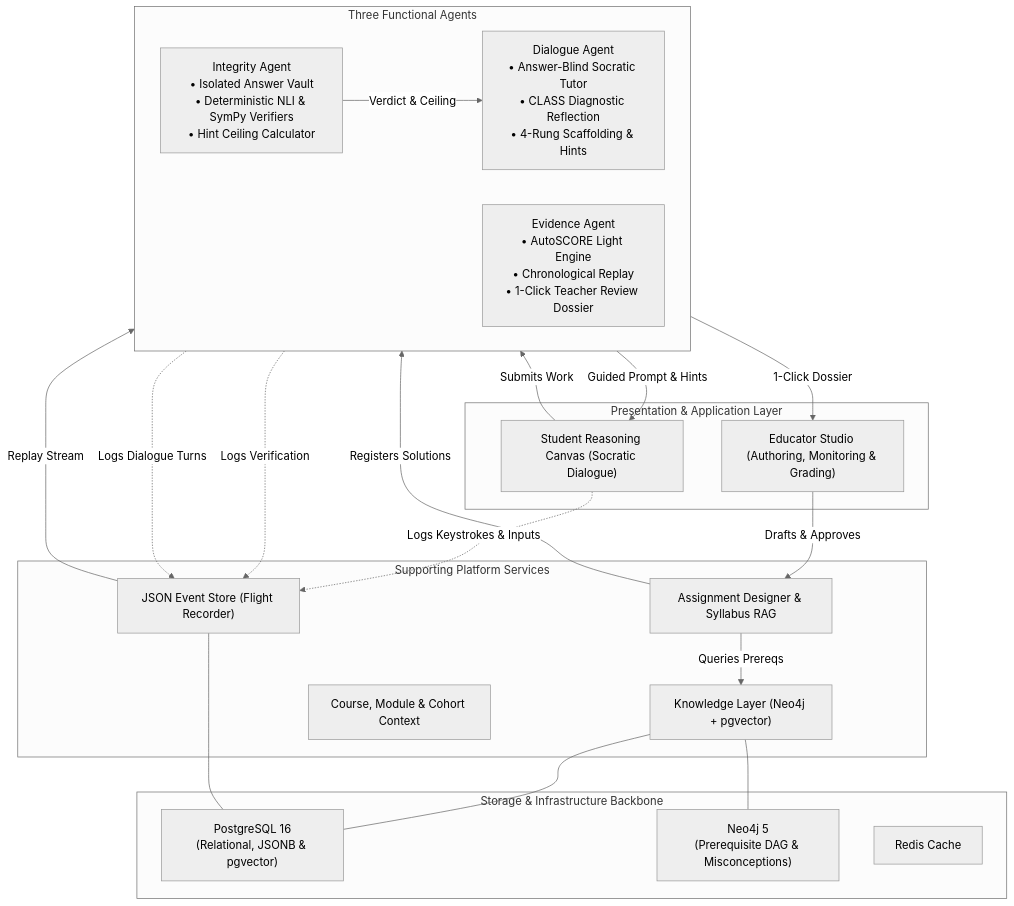
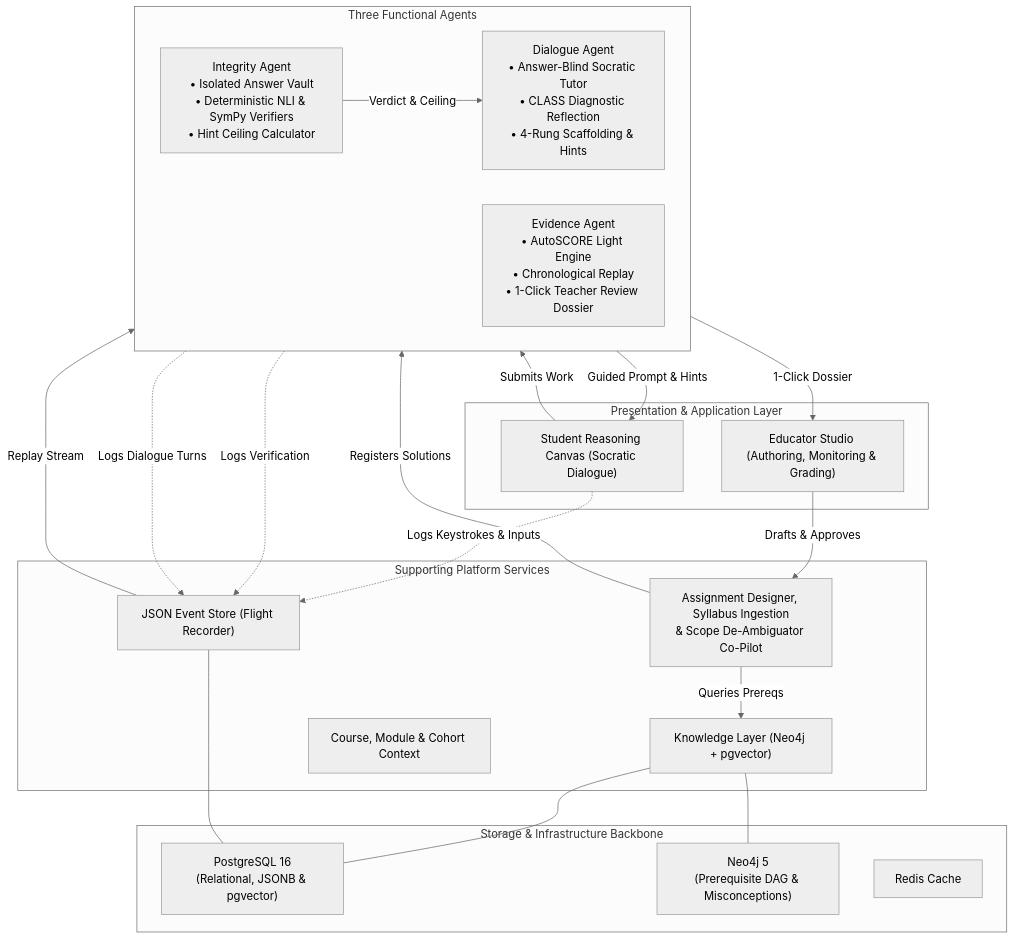
Before and after one commit to darkaengl/fiosra: the second of 7 diagrams in fiosra/docs/mvp_architecture.md, drawn with Mermaid (neutral theme). The commit also changed other lines of this file and 7 other files, not shown here.

Commit message:
feat(architecture): add Pedagogical Scope De-Ambiguator Co-Pilot to system architecture, planning map, and assignment designer UI

````diff
--- a/fiosra/docs/mvp_architecture.md
+++ b/fiosra/docs/mvp_architecture.md
@@ -82,46 +82,46 @@
 ```mermaid
 flowchart TB
     subgraph Presentation["Presentation & Application Layer"]
         UI_T["Educator Studio (Authoring, Monitoring & Grading)"]
         UI_S["Student Reasoning Canvas (Socratic Dialogue)"]
     end
 
     subgraph Agents["Three Functional Agents"]
         direction LR
         AG_INT["Integrity Agent<br/>• Isolated Answer Vault<br/>• Deterministic NLI & SymPy Verifiers<br/>• Hint Ceiling Calculator"]
         AG_DIA["Dialogue Agent<br/>• Answer-Blind Socratic Tutor<br/>• CLASS Diagnostic Reflection<br/>• 4-Rung Scaffolding & Hints"]
         AG_EVI["Evidence Agent<br/>• AutoSCORE Light Engine<br/>• Chronological Replay<br/>• 1-Click Teacher Review Dossier"]
     end
 
     subgraph Services["Supporting Platform Services"]
         SRV_KNOW["Knowledge Layer (Neo4j + pgvector)"]
         SRV_EVT["JSON Event Store (Flight Recorder)"]
-        SRV_DES["Assignment Designer & Syllabus RAG"]
+        SRV_DES["Assignment Designer, Syllabus Ingestion<br/>& Scope De-Ambiguator Co-Pilot"]
         SRV_CRS["Course, Module & Cohort Context"]
     end
 
     subgraph Storage["Storage & Infrastructure Backbone"]
         DB_PG["PostgreSQL 16<br/>(Relational, JSONB & pgvector)"]
         DB_NEO["Neo4j 5<br/>(Prerequisite DAG & Misconceptions)"]
         CACHE_REDIS["Redis Cache"]
     end
 
     UI_T -->|Drafts & Approves| SRV_DES
     SRV_DES -->|Registers Solutions| AG_INT
     SRV_DES -->|Queries Prereqs| SRV_KNOW
 
     UI_S -->|Submits Work| AG_INT
     AG_INT -->|Verdict & Ceiling| AG_DIA
     AG_DIA -->|Guided Prompt & Hints| UI_S
 
     AG_INT -.->|Logs Verification| SRV_EVT
     AG_DIA -.->|Logs Dialogue Turns| SRV_EVT
     UI_S -.->|Logs Keystrokes & Inputs| SRV_EVT
 
     SRV_EVT -->|Replay Stream| AG_EVI
     AG_EVI -->|1-Click Dossier| UI_T
 
     SRV_KNOW --- DB_NEO
     SRV_KNOW --- DB_PG
     SRV_EVT --- DB_PG
 ```
````
